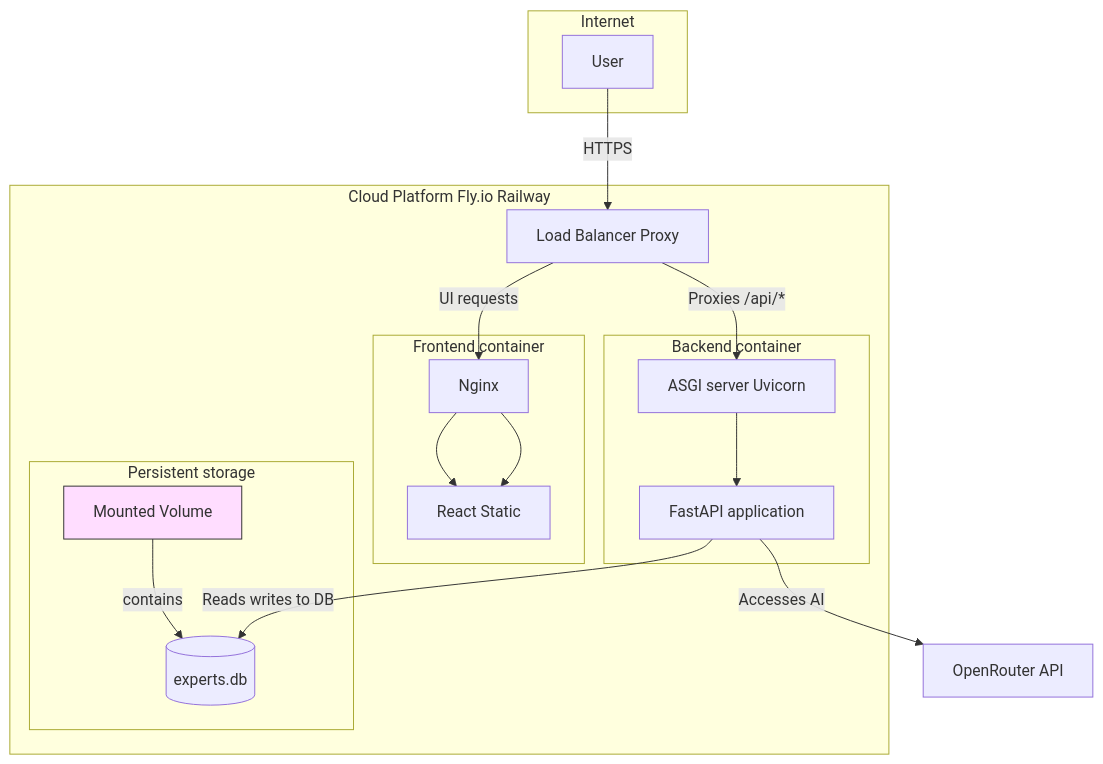
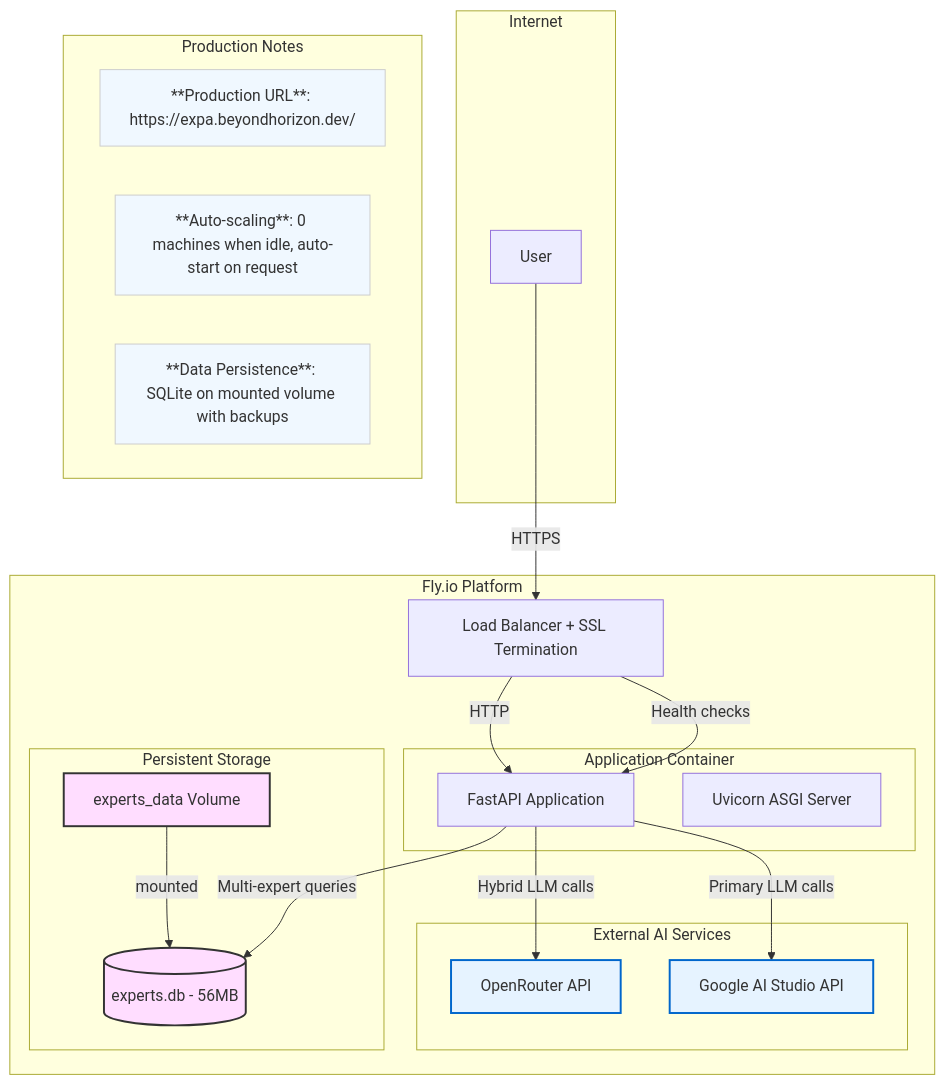
Before and after one commit to shao3d/Experts_panel: the fifth of 5 diagrams in README.md, drawn with Mermaid. The commit also changed other lines of this file, not shown here.

First line of the commit message:
docs: update README.md with current architecture and deployment URL

````diff
--- a/README.md
+++ b/README.md
@@ -116,33 +128,46 @@
 ```mermaid
 graph TD
     subgraph "Internet"
         User[User]
     end
 
-    subgraph "Cloud Platform Fly.io Railway"
-        LB[Load Balancer Proxy]
+    subgraph "Fly.io Platform"
+        LB[Load Balancer + SSL Termination]
 
-        subgraph "Frontend container"
-            Nginx[Nginx] --> Static[React Static]
+        subgraph "Application Container"
+            App[FastAPI Application]
+            Uvicorn[Uvicorn ASGI Server]
         end
 
-        subgraph "Backend container"
-            Uvicorn[ASGI server Uvicorn] --> App[FastAPI application]
+        subgraph "Persistent Storage"
+            Volume[experts_data Volume]
+            DB[(experts.db - 56MB)]
+            Volume -- mounted --> DB
         end
 
-        subgraph "Persistent storage"
-            Volume[Mounted Volume]
-            DB[(experts.db)]
-            Volume -- contains --> DB
+        subgraph "External AI Services"
+            OpenRouter[OpenRouter API]
+            GoogleAI[Google AI Studio API]
         end
     end
 
     User -- HTTPS --> LB
-    LB -- "UI requests" --> Nginx
-    Nginx --> Static
-    LB -- "Proxies /api/*" --> Uvicorn
-    App -- "Reads writes to DB" --> DB
-    App -- "Accesses AI" --> LLM_API[OpenRouter API]
+    LB -- HTTP --> App
+    App -- Multi-expert queries --> DB
+    App -- Hybrid LLM calls --> OpenRouter
+    App -- Primary LLM calls --> GoogleAI
+    LB -- Health checks --> App
 
-    style Volume fill:#fdf,stroke:#333
+    classDef storage fill:#fdf,stroke:#333,stroke-width:2px
+    classDef external fill:#e6f3ff,stroke:#0066cc,stroke-width:2px
+    classDef note fill:#f0f8ff,stroke:#ccc,stroke-width:1px
+    class Volume,DB storage
+    class OpenRouter,GoogleAI external
+
+    subgraph "Production Notes"
+        URL[**Production URL**: https://expa.beyondhorizon.dev/]
+        Scale[**Auto-scaling**: 0 machines when idle, auto-start on request]
+        Data[**Data Persistence**: SQLite on mounted volume with backups]
+        class URL,Scale,Data note
+    end
 ```
````
